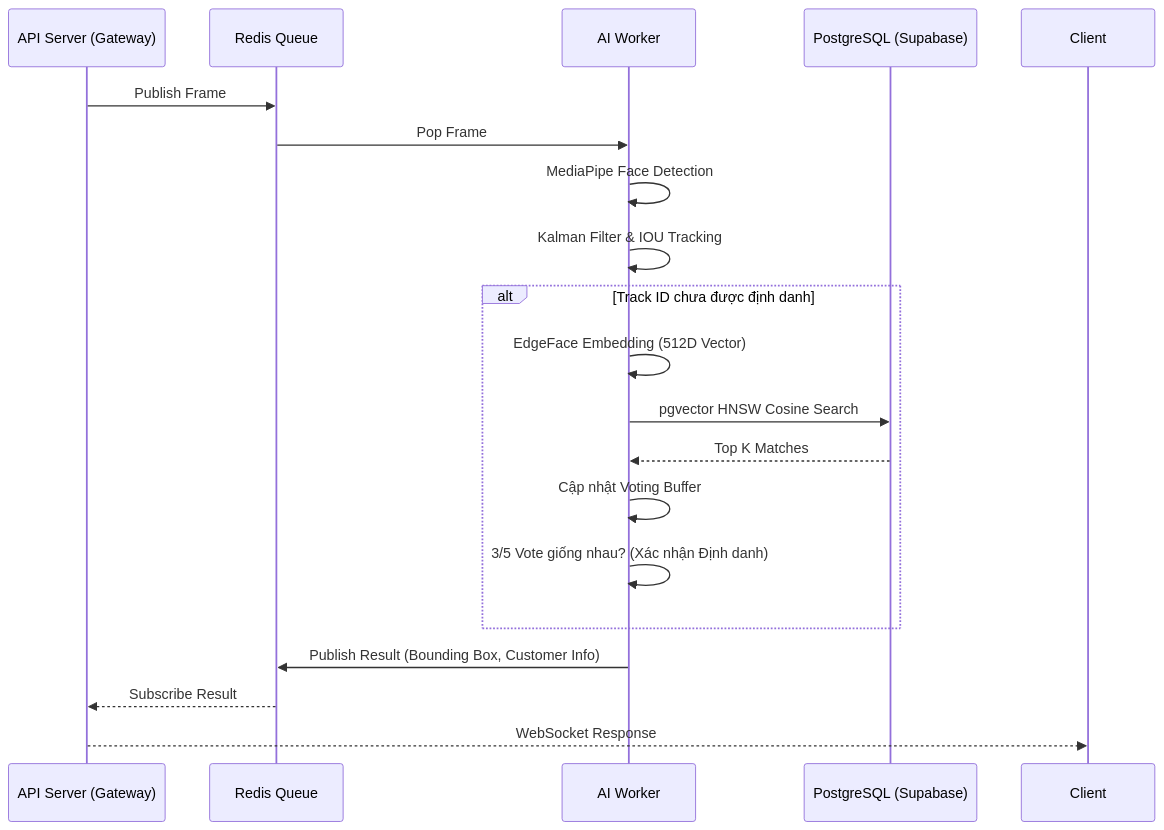
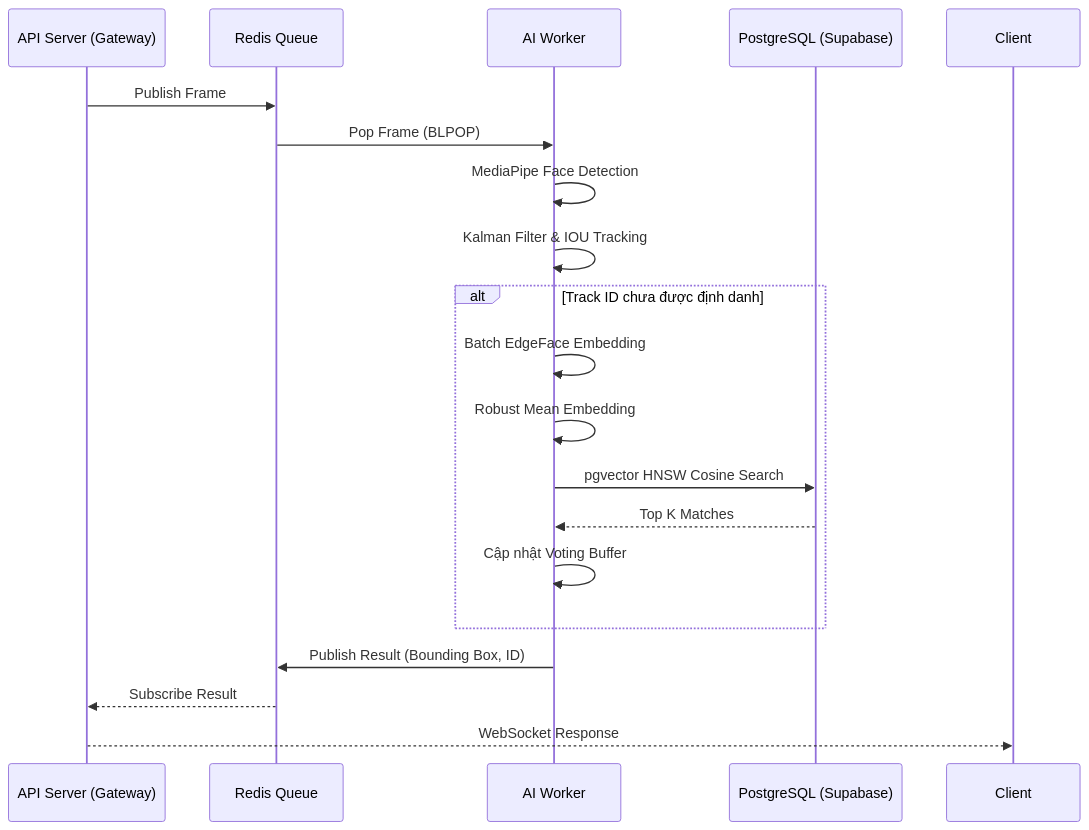
One commit to hotrungtruc/CustomerLens changed the diagram in docs/ai_pipeline.md. Above: the diagram before and after it, drawn with Mermaid. The commit also changed other lines of this file and 10 other files, not shown here.

````diff
--- a/docs/ai_pipeline.md
+++ b/docs/ai_pipeline.md
@@ -46,24 +49,24 @@
 ```mermaid
 sequenceDiagram
     participant API as API Server (Gateway)
     participant Redis as Redis Queue
     participant Worker as AI Worker
     participant DB as PostgreSQL (Supabase)
 
     API->>Redis: Publish Frame
-    Redis->>Worker: Pop Frame
+    Redis->>Worker: Pop Frame (BLPOP)
     Worker->>Worker: MediaPipe Face Detection
     Worker->>Worker: Kalman Filter & IOU Tracking
     
     alt Track ID chưa được định danh
-        Worker->>Worker: EdgeFace Embedding (512D Vector)
+        Worker->>Worker: Batch EdgeFace Embedding
+        Worker->>Worker: Robust Mean Embedding
         Worker->>DB: pgvector HNSW Cosine Search
         DB-->>Worker: Top K Matches
         Worker->>Worker: Cập nhật Voting Buffer
-        Worker->>Worker: 3/5 Vote giống nhau? (Xác nhận Định danh)
     end
     
-    Worker->>Redis: Publish Result (Bounding Box, Customer Info)
+    Worker->>Redis: Publish Result (Bounding Box, ID)
     Redis-->>API: Subscribe Result
     API-->>Client: WebSocket Response
 ```
````
